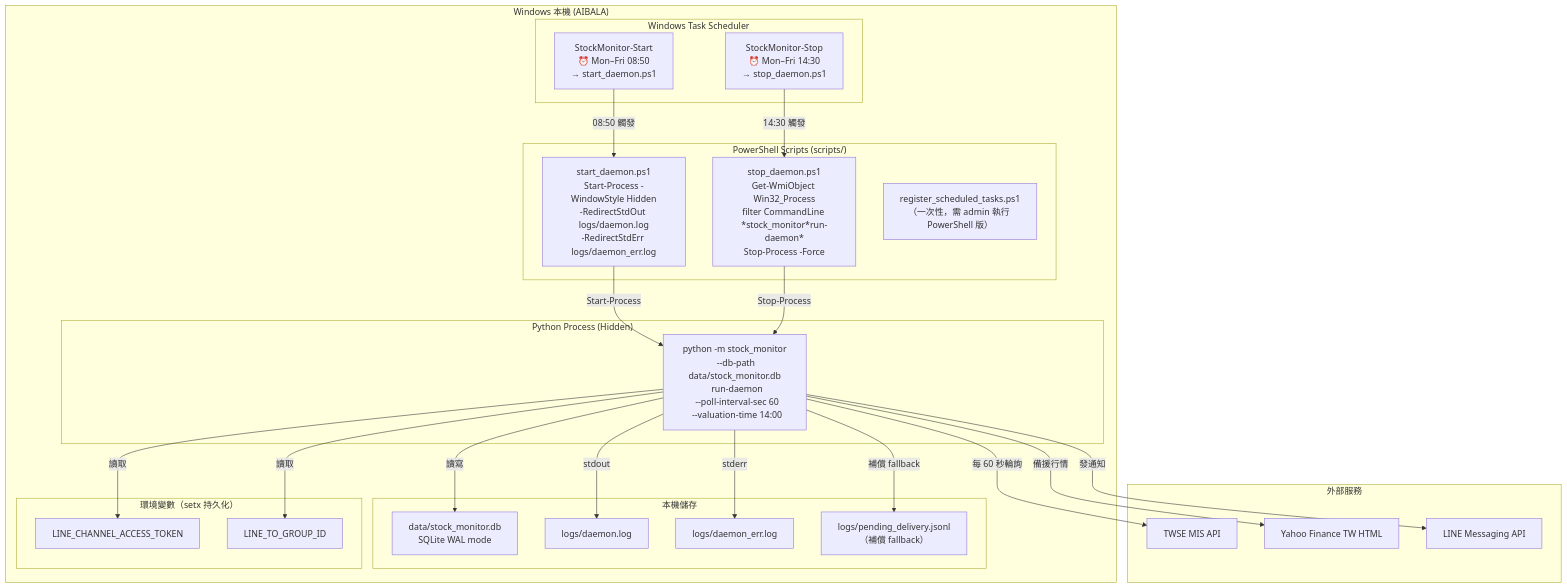
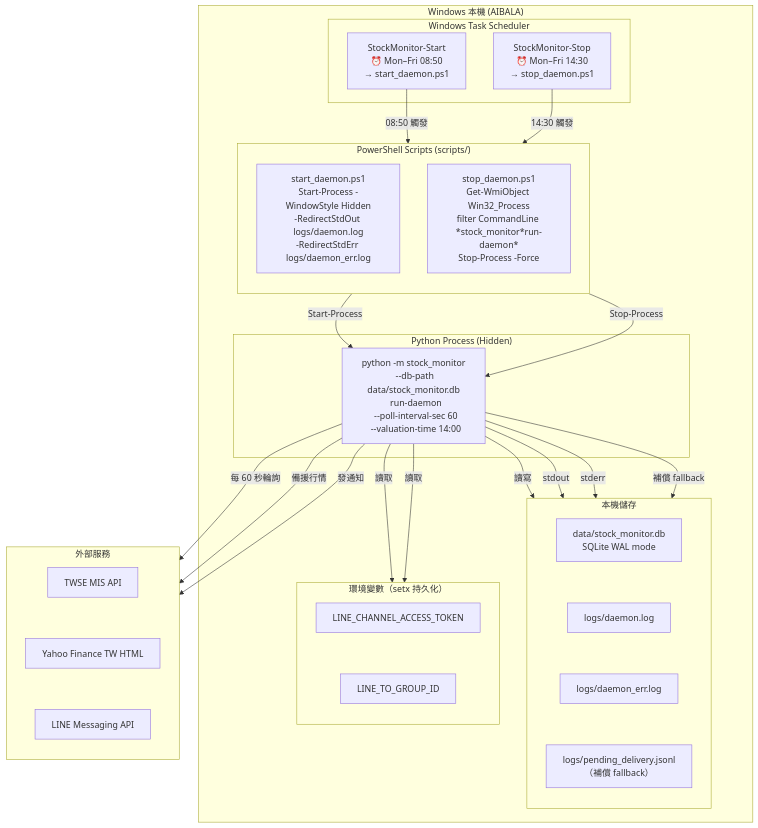
Before and after one commit to ibalasite/stock_monitor: the first of 2 diagrams in docs/architecture/diagrams/07-deployment.md, drawn with Mermaid. The commit also changed 5 other files, not shown here.

Commit message:
fix(docs): convert landscape diagrams 01/05/07 to portrait (TD + ~~~ invisible links)

````diff
--- a/docs/architecture/diagrams/07-deployment.md
+++ b/docs/architecture/diagrams/07-deployment.md
@@ -9,51 +9,57 @@
 ```mermaid
 flowchart TD
     subgraph Windows["Windows 本機 (AIBALA)"]
         subgraph TaskScheduler["Windows Task Scheduler"]
             TS_START["StockMonitor-Start\n⏰ Mon–Fri 08:50\n→ start_daemon.ps1"]
             TS_STOP["StockMonitor-Stop\n⏰ Mon–Fri 14:30\n→ stop_daemon.ps1"]
         end
 
         subgraph PS1["PowerShell Scripts (scripts/)"]
+            direction TB
             START_PS1["start_daemon.ps1\nStart-Process -WindowStyle Hidden\n-RedirectStdOut logs/daemon.log\n-RedirectStdErr logs/daemon_err.log"]
             STOP_PS1["stop_daemon.ps1\nGet-WmiObject Win32_Process\nfilter CommandLine *stock_monitor*run-daemon*\nStop-Process -Force"]
-            REG_PS1["register_scheduled_tasks.ps1\n（一次性，需 admin 執行 PowerShell 版）"]
         end
 
         subgraph Process["Python Process (Hidden)"]
             DAEMON["python -m stock_monitor\n  --db-path data/stock_monitor.db\n  run-daemon\n  --poll-interval-sec 60\n  --valuation-time 14:00"]
         end
 
         subgraph Storage["本機儲存"]
+            direction TB
             DB["data/stock_monitor.db\nSQLite WAL mode"]
             LOG_D["logs/daemon.log"]
             LOG_E["logs/daemon_err.log"]
             JSONL["logs/pending_delivery.jsonl\n（補償 fallback）"]
+            DB ~~~ LOG_D ~~~ LOG_E ~~~ JSONL
         end
 
         subgraph Env["環境變數（setx 持久化）"]
+            direction TB
             ENV_TOKEN["LINE_CHANNEL_ACCESS_TOKEN"]
             ENV_GROUP["LINE_TO_GROUP_ID"]
+            ENV_TOKEN ~~~ ENV_GROUP
         end
     end
 
     subgraph External["外部服務"]
+        direction TB
         TWSE_EXT["TWSE MIS API"]
         YAHOO_EXT["Yahoo Finance TW HTML"]
         LINE_EXT["LINE Messaging API"]
+        TWSE_EXT ~~~ YAHOO_EXT ~~~ LINE_EXT
     end
 
     TS_START -- "08:50 觸發" --> START_PS1
     TS_STOP  -- "14:30 觸發" --> STOP_PS1
     START_PS1 -- "Start-Process" --> DAEMON
     STOP_PS1  -- "Stop-Process" --> DAEMON
 
     DAEMON -- "每 60 秒輪詢" --> TWSE_EXT
     DAEMON -- "備援行情" --> YAHOO_EXT
     DAEMON -- "發通知" --> LINE_EXT
     DAEMON -- "讀寫" --> DB
     DAEMON -- "stdout" --> LOG_D
     DAEMON -- "stderr" --> LOG_E
     DAEMON -- "補償 fallback" --> JSONL
     DAEMON -- "讀取" --> ENV_TOKEN & ENV_GROUP
 ```
````
